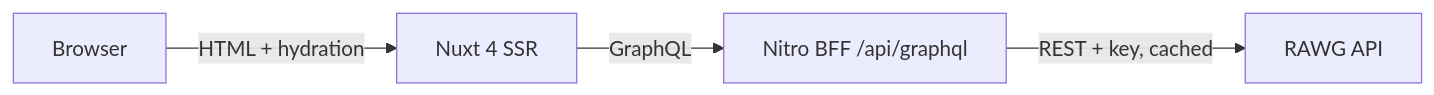
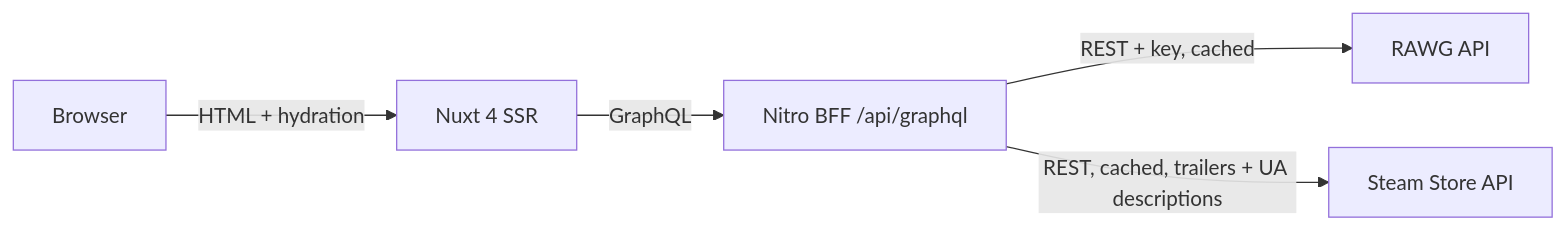
The diagram in README.md (Sennjen/gg-stay), drawn with Mermaid before and after one commit. The commit also changed other lines of this file and 24 other files, not shown here.

````diff
--- a/README.md
+++ b/README.md
@@ -21,6 +27,7 @@
 ```mermaid
 flowchart LR
   B[Browser] -->|HTML + hydration| N[Nuxt 4 SSR]
   N -->|GraphQL| G[Nitro BFF /api/graphql]
   G -->|REST + key, cached| R[RAWG API]
+  G -->|REST, cached, trailers + UA descriptions| S[Steam Store API]
 ```
````
